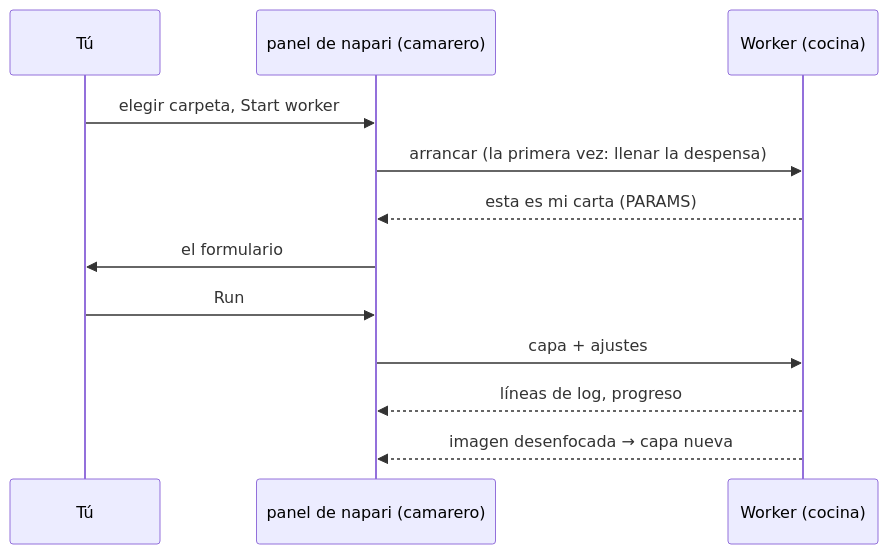
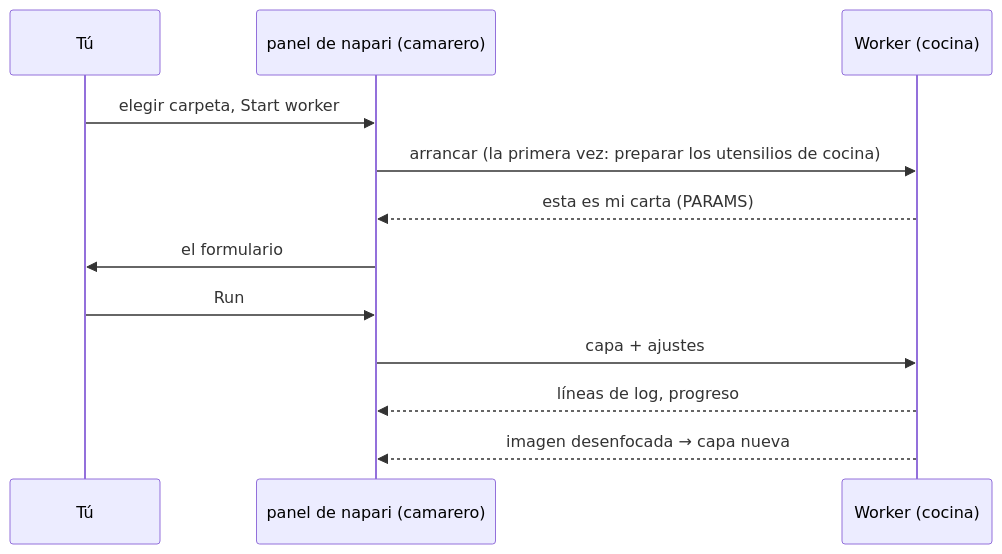
One commit to Oxford-Zeiss-Centre-of-Excellence/Wavu changed the diagram in guide/napari/first-run.es.md. Above: the diagram before and after it, drawn with Mermaid. The commit also changed other lines of this file and 221 other files, not shown here.

````diff
--- a/guide/napari/first-run.es.md
+++ b/guide/napari/first-run.es.md
@@ -11,14 +11,14 @@
 ```mermaid
 sequenceDiagram
     participant You as Tú
     participant N as panel de napari (camarero)
     participant W as Worker (cocina)
     You->>N: elegir carpeta, Start worker
-    N->>W: arrancar (la primera vez: llenar la despensa)
+    N->>W: arrancar (la primera vez: preparar los utensilios de cocina)
     W-->>N: esta es mi carta (PARAMS)
     N->>You: el formulario
     You->>N: Run
     N->>W: capa + ajustes
     W-->>N: líneas de log, progreso
     W-->>N: imagen desenfocada → capa nueva
 ```
````
